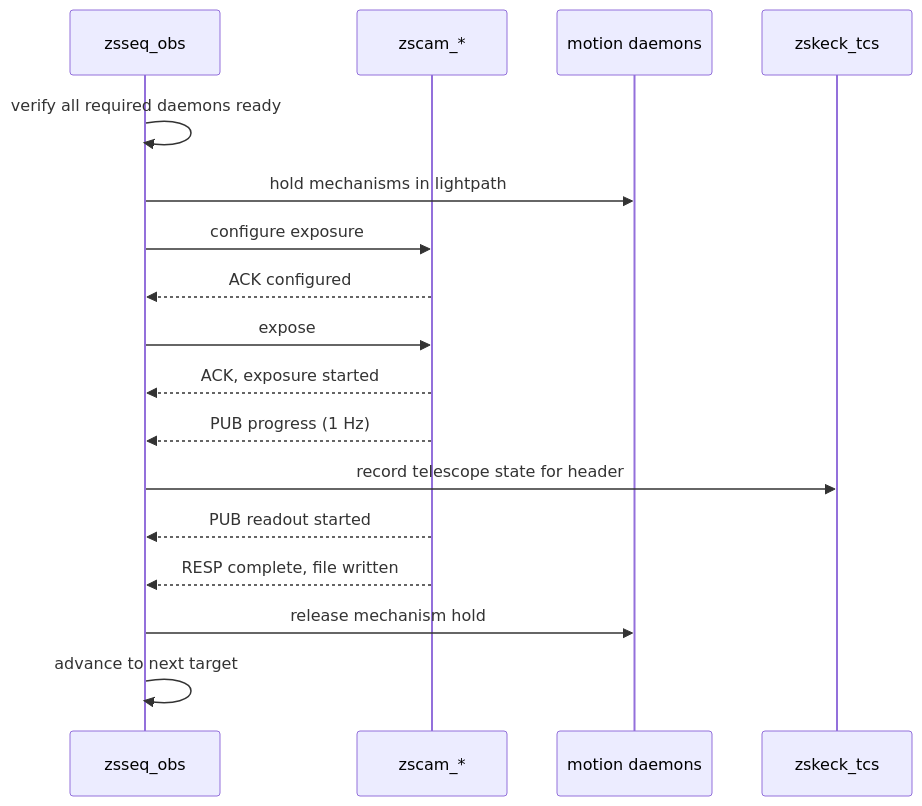
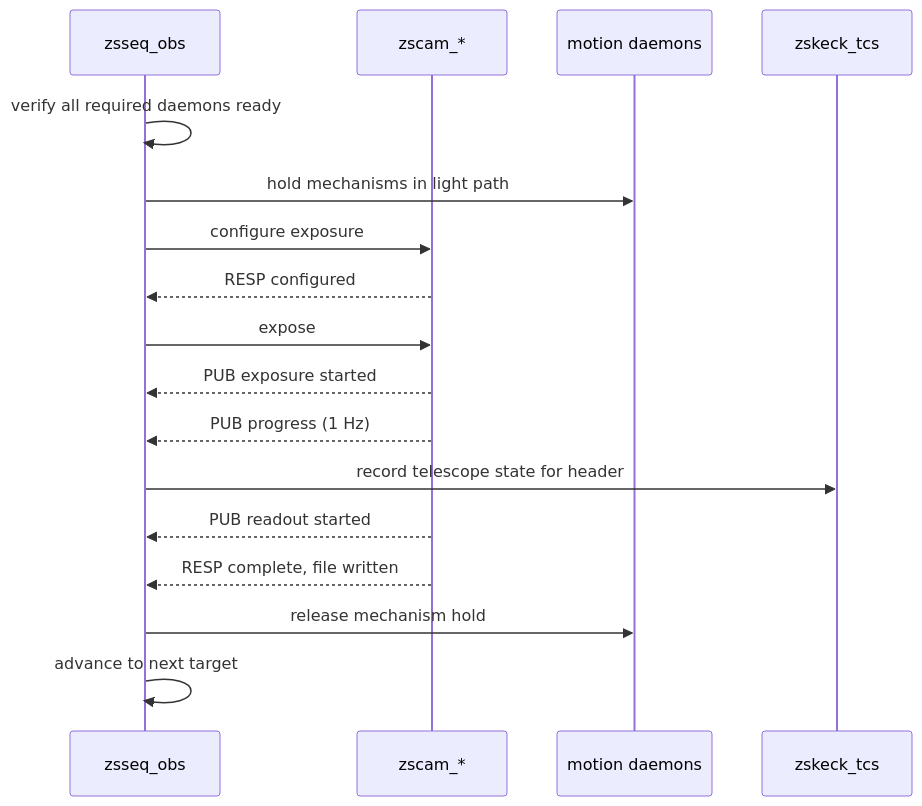
One commit to CaltechOpticalObservatories/zshooter changed the fourth of 8 diagrams in docs/source/operations/workflows.rst. Above: the diagram before and after it, drawn with Mermaid. The commit also changed other lines of this file and 26 other files, not shown here.

Commit message:
Changes per architectural discussions (#2)

```diff
--- a/docs/source/operations/workflows.rst
+++ b/docs/source/operations/workflows.rst
@@ -92,20 +92,20 @@
 .. mermaid::
 
    sequenceDiagram
        participant S as zsseq_obs
        participant C as zscam_*
        participant M as motion daemons
        participant T as zskeck_tcs
 
        S->>S: verify all required daemons ready
-       S->>M: hold mechanisms in lightpath
+       S->>M: hold mechanisms in light path
        S->>C: configure exposure
-       C-->>S: ACK configured
+       C-->>S: RESP configured
        S->>C: expose
-       C-->>S: ACK, exposure started
+       C-->>S: PUB exposure started
        C-->>S: PUB progress (1 Hz)
        S->>T: record telescope state for header
        C-->>S: PUB readout started
        C-->>S: RESP complete, file written
        S->>M: release mechanism hold
        S->>S: advance to next target
```
